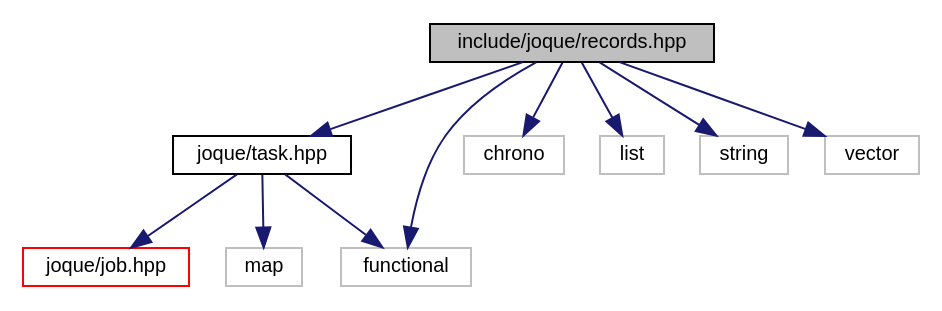
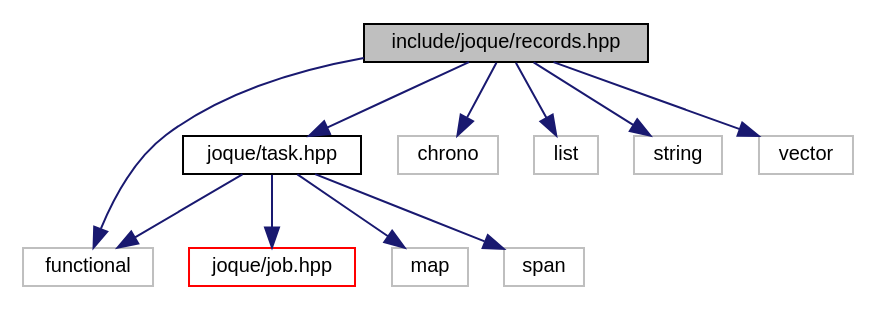
Before and after one commit to koniarik/joque: the diagram in records_8hpp__incl.dot, drawn with Graphviz. The commit also changed 223 other files, not shown here.

```diff
--- a/records_8hpp__incl.dot
+++ b/records_8hpp__incl.dot
@@ -1,24 +1,26 @@
 digraph "include/joque/records.hpp"
 {
  // LATEX_PDF_SIZE
   edge [fontname="Helvetica",fontsize="10",labelfontname="Helvetica",labelfontsize="10"];
   node [fontname="Helvetica",fontsize="10",shape=record];
   Node1 [label="include/joque/records.hpp",height=0.2,width=0.4,color="black", fillcolor="grey75", style="filled", fontcolor="black",tooltip=" "];
   Node1 -> Node2 [color="midnightblue",fontsize="10",style="solid",fontname="Helvetica"];
   Node2 [label="joque/task.hpp",height=0.2,width=0.4,color="black", fillcolor="white", style="filled",URL="$task_8hpp.html",tooltip=" "];
   Node2 -> Node3 [color="midnightblue",fontsize="10",style="solid",fontname="Helvetica"];
   Node3 [label="joque/job.hpp",height=0.2,width=0.4,color="red", fillcolor="white", style="filled",URL="$job_8hpp.html",tooltip=" "];
   Node2 -> Node13 [color="midnightblue",fontsize="10",style="solid",fontname="Helvetica"];
   Node13 [label="functional",height=0.2,width=0.4,color="grey75", fillcolor="white", style="filled",tooltip=" "];
   Node2 -> Node14 [color="midnightblue",fontsize="10",style="solid",fontname="Helvetica"];
   Node14 [label="map",height=0.2,width=0.4,color="grey75", fillcolor="white", style="filled",tooltip=" "];
-  Node1 -> Node15 [color="midnightblue",fontsize="10",style="solid",fontname="Helvetica"];
-  Node15 [label="chrono",height=0.2,width=0.4,color="grey75", fillcolor="white", style="filled",tooltip=" "];
+  Node2 -> Node15 [color="midnightblue",fontsize="10",style="solid",fontname="Helvetica"];
+  Node15 [label="span",height=0.2,width=0.4,color="grey75", fillcolor="white", style="filled",tooltip=" "];
+  Node1 -> Node16 [color="midnightblue",fontsize="10",style="solid",fontname="Helvetica"];
+  Node16 [label="chrono",height=0.2,width=0.4,color="grey75", fillcolor="white", style="filled",tooltip=" "];
   Node1 -> Node13 [color="midnightblue",fontsize="10",style="solid",fontname="Helvetica"];
   Node1 -> Node8 [color="midnightblue",fontsize="10",style="solid",fontname="Helvetica"];
   Node8 [label="list",height=0.2,width=0.4,color="grey75", fillcolor="white", style="filled",tooltip=" "];
   Node1 -> Node9 [color="midnightblue",fontsize="10",style="solid",fontname="Helvetica"];
   Node9 [label="string",height=0.2,width=0.4,color="grey75", fillcolor="white", style="filled",tooltip=" "];
   Node1 -> Node12 [color="midnightblue",fontsize="10",style="solid",fontname="Helvetica"];
   Node12 [label="vector",height=0.2,width=0.4,color="grey75", fillcolor="white", style="filled",tooltip=" "];
 }
```
